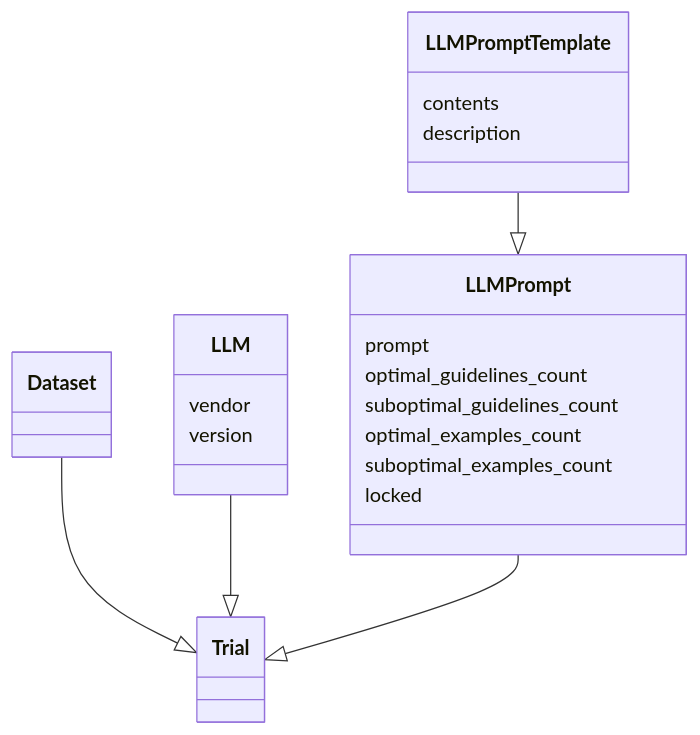
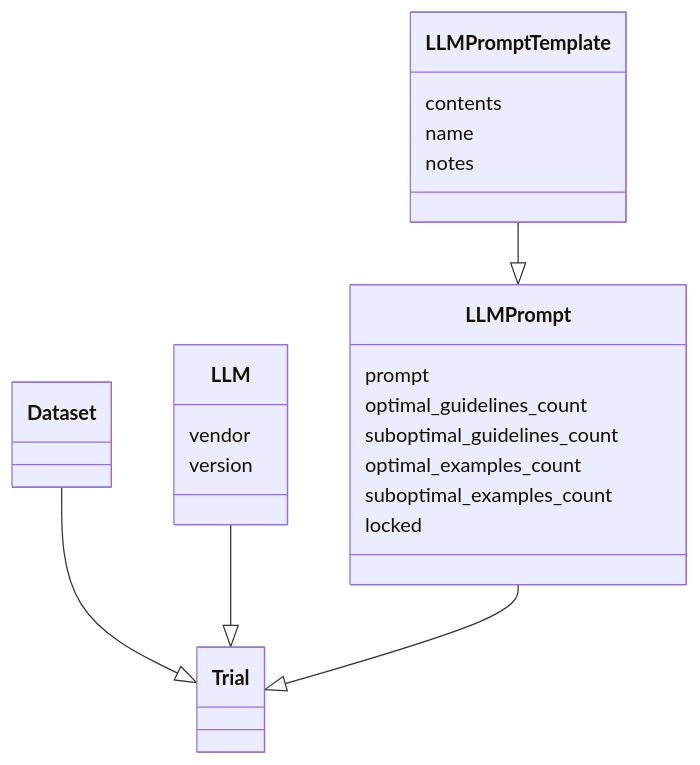
One commit to empirical-org/Empirical-Core changed the second of 5 diagrams in services/QuillLMS/engines/evidence/app/models/evidence/research/readme.md. Above: the diagram before and after it, drawn with Mermaid. The commit also changed 16 other files, not shown here.

Commit message:
Add notes to LLMPromptTemplate; rename description to name

````diff
--- a/services/QuillLMS/engines/evidence/app/models/evidence/research/readme.md
+++ b/services/QuillLMS/engines/evidence/app/models/evidence/research/readme.md
@@ -49,24 +49,25 @@
 ```mermaid
 classDiagram
     class LLM {
          vendor
          version
     }
     class LLMPrompt {
          prompt
          optimal_guidelines_count
          suboptimal_guidelines_count
          optimal_examples_count
          suboptimal_examples_count
          locked
     }
     class LLMPromptTemplate {
          contents
-         description
+         name
+         notes
     }
 
     Dataset --|> Trial
     LLM --|> Trial
     LLMPromptTemplate --|> LLMPrompt
     LLMPrompt --|> Trial
 ```
````
